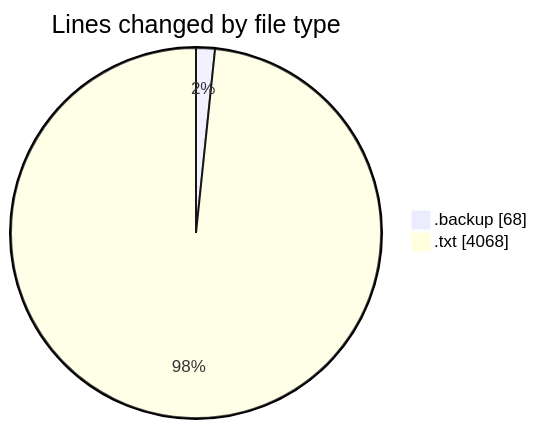
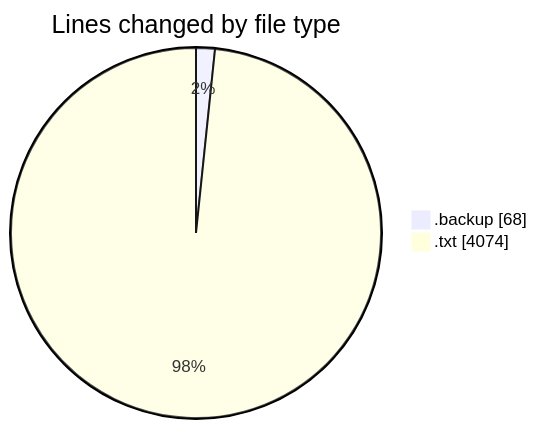
Before and after one commit to ricardozamudiocil/code-tracking: the first of 2 diagrams in 2026-11-25/informesdocpath/README.md, drawn with Mermaid. The commit also changed other lines of this file and 1 other file, not shown here.

````diff
--- a/2026-11-25/informesdocpath/README.md
+++ b/2026-11-25/informesdocpath/README.md
@@ -22,6 +22,6 @@
 ```mermaid
 pie showData
 title Lines changed by file type
 ".backup" : 68
-".txt" : 4068
+".txt" : 4074
 ```
````
